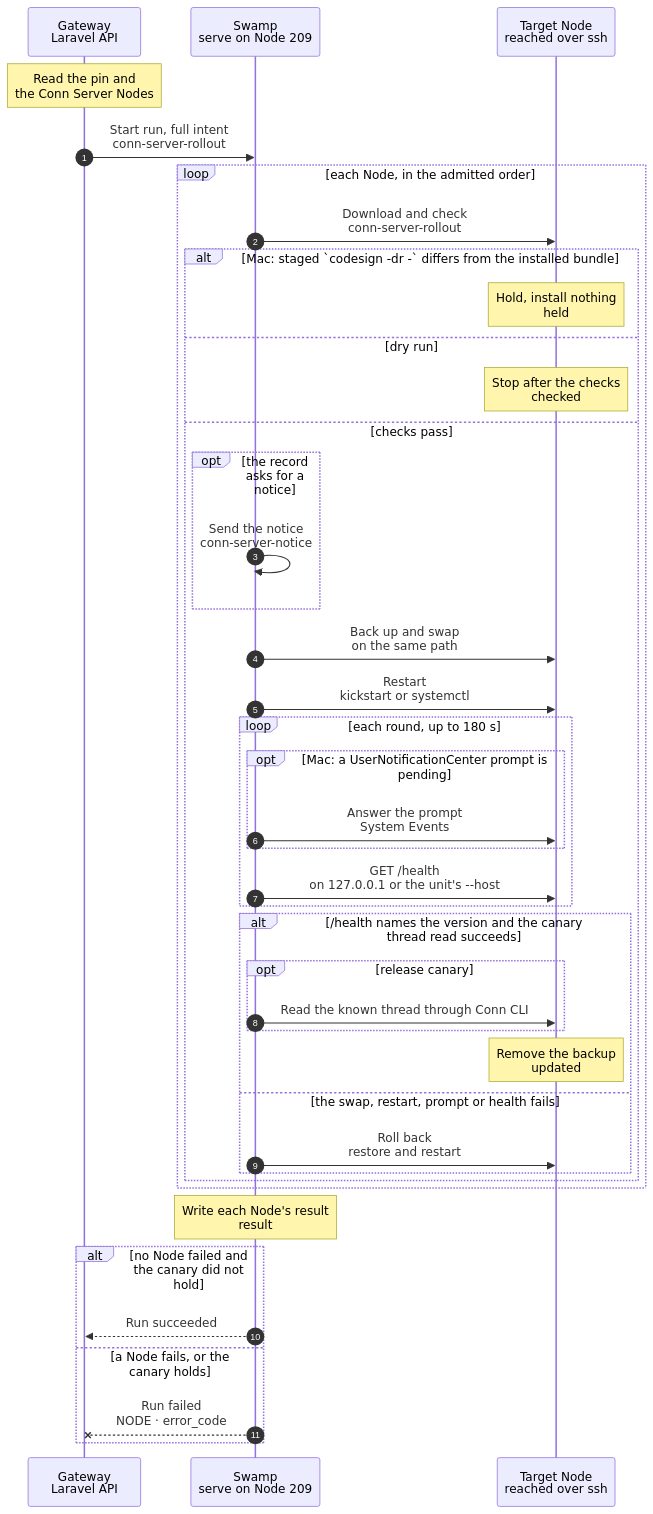
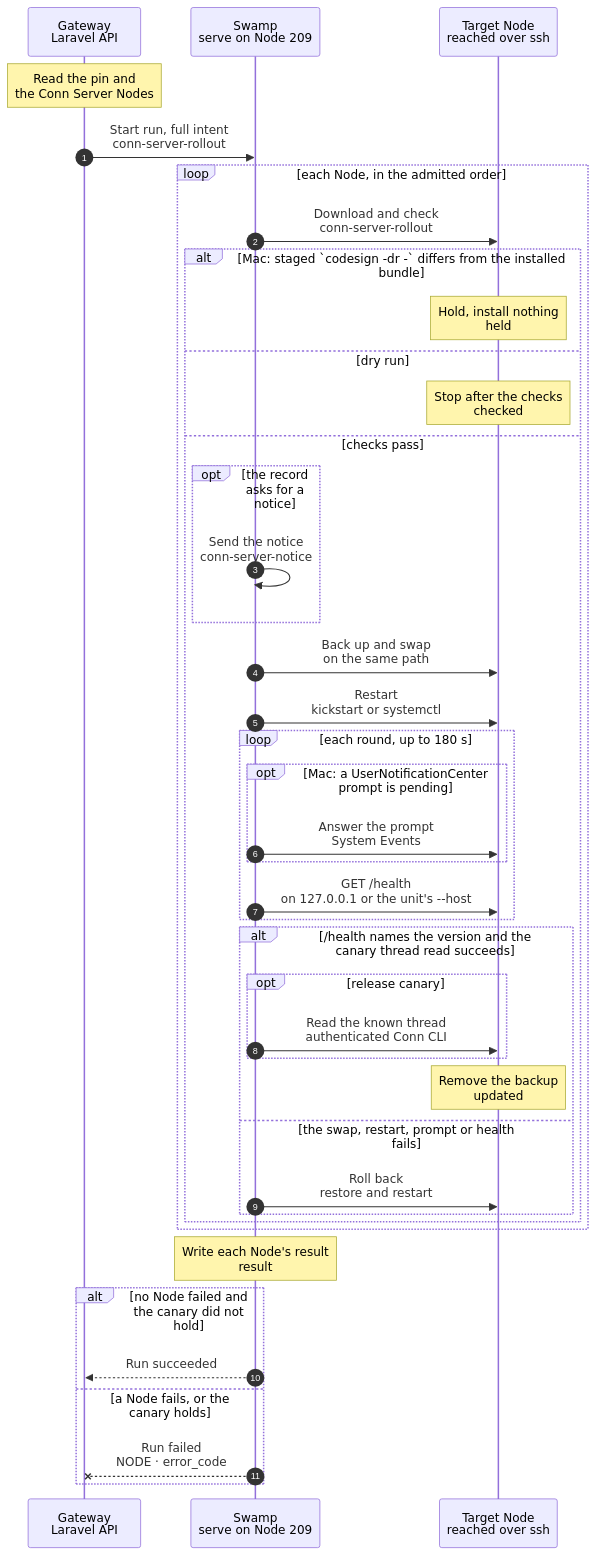
The diagram in docs/cli/fleet/conn-server-rollout.mmd (hardimpactdev/orbit), drawn with Mermaid before and after one commit. The commit also changed 3 other files, not shown here.

```diff
--- a/docs/cli/fleet/conn-server-rollout.mmd
+++ b/docs/cli/fleet/conn-server-rollout.mmd
@@ -1,95 +1,95 @@
 sequenceDiagram
   %% One Ansible phase, conn-server-rollout.yml, visits the admitted Conn Server Nodes one at a time, in order. docs/reference/development-containers.md#conn-server-rollout.
   %% status: draft
   %% command: none · POST /api/v1/fleet/conn-server/rollout
   %% kind: fleet.conn_server_rollout
   autonumber
   %% lane GW icon=gateway pill=intent tone=blue
   %% lane SW icon=workflow pill=executes tone=green
   %% lane N icon=server pill=target tone=amber
   participant GW as Gateway<br/>Laravel API
   participant SW as Swamp<br/>serve on Node 209
   participant N as Target Node<br/>reached over ssh
   Note over GW: Read the pin and<br/>the Conn Server Nodes
   %%> When:
   %%> - an operator posts `{"dry_run", "scope"}` to `POST /api/v1/fleet/conn-server/rollout`; both are required, so no default reaches the whole fleet
   %%> - scope `nodes` also takes `node_ids`, one to four ids that each have a record, or a validation error; `node_ids` with another scope is refused
   %%> - the release fleet pass admits the dry run and real canary for a pin with release_canary, and waits for the thread read before converging Nodes
   %%> Requirements:
   %%> - the agent folder's `conn-server` pin names a `macos_arm64` app, or `conn_server.pin_unavailable`
   %%> - exactly one `conn_server_nodes` record is the canary, or `conn_server.canary_unset`
   %%> Picks:
   %%> - scope `canary`: the canary alone; scope `fleet`: remaining records in Node order for a gated pin, otherwise canary first; scope `nodes`: the named records alone, in the request's order
   %%> - each record names platform, path, service, port, user and whether to notify before the restart; Nodes without one and container Conn Servers are out of scope
   GW->>SW: Start run, full intent<br/>conn-server-rollout
   %%> Input:
   %%> - version, dry run, the Linux tarball and macOS zip with their SHA-256, bundle id and team, the notice target, and each Node with its SSH target
   %%> Requirements:
   %%> - at most four Nodes, so the 13,620 s deadline covers each Node's worst case and its rollback, or `conn_server.too_many_nodes`
   loop each Node, in the admitted order
     SW->>N: Download and check<br/>conn-server-rollout
     %%> What it does:
     %%> - Mac: `launchctl print gui/<uid>/<label>` checks the configured LaunchAgent before staging, including in a dry run, or `conn_server.service_not_loaded`
     %%> - checks reachability, then downloads the asset into a staging folder beside the install and checks its SHA-256, or `conn_server.hash_mismatch`
     %%> - Mac: `codesign --verify --strict --deep`, the pin's `TeamIdentifier` and bundle id, or `conn_server.signature_invalid`, `team_mismatch`, `bundle_mismatch`
     %%> - Linux: the unit's `ExecStart` is `<current>/conn-server` and the tarball holds `conn-server-<X>-linux-x64/conn-server`, or `conn_server.layout_mismatch`
     %%> - Linux: `/health` on the unit's `--host`, or 127.0.0.1 when it has none or a wildcard, answers 200 with `server: conn-server` and a version, or `conn_server.health_unreachable`
     %%> - Mac: a direct `/health` read on 127.0.0.1 with proxies and redirects disabled requires HTTP 200, `server: conn-server` and a nonblank version string, or `conn_server.health_unreachable`
     alt Mac: staged `codesign -dr -` differs from the installed bundle
       Note over N: Hold, install nothing<br/>held
       %%> Why:
       %%> - a new designated requirement resets the TCC grants; a held canary stops the run, a held later Node does not
     else dry run
       Note over N: Stop after the checks<br/>checked
     else checks pass
       opt the record asks for a notice
         SW->>SW: Send the notice<br/>conn-server-notice
         %%> What it does:
         %%> - posts or runs `orbit.conn.server_rollout_notice` before anything changes; a failed notice fails the Node (`conn_server.notice_failed`)
         %%> - logs neither the URL, the command nor their output
       end
       SW->>N: Back up and swap<br/>on the same path
       %%> What it does:
       %%> - Mac: a new backup folder (`conn_server.backup_exists` when it exists), the installed bundle into it, the staged bundle onto the same path, so TCC grants stay
       %%> - Linux: a new `releases/<X>-<run>` folder, then `current` moves to it with one rename
       SW->>N: Restart<br/>kickstart or systemctl
       %%> What it does:
       %%> - Mac: `launchctl kickstart -k gui/<uid>/<label>`, never a start from the SSH session; Linux: restarts the unit
       %%> - never reads or prints a LaunchAgent plist; every command has a task timeout
       loop each round, up to 180 s
         opt Mac: a UserNotificationCenter prompt is pending
           SW->>N: Answer the prompt<br/>System Events
           %%> What it does:
           %%> - reads the prompt's static texts and clicks Allow only on a Conn Server prompt for an expected permission
           %%> - any other prompt fails the Node (`conn_server.unexpected_prompt`)
         end
         SW->>N: GET /health<br/>on 127.0.0.1 or the unit's --host
         %%> What it does:
         %%> - waits for `server: conn-server` and the pin's exact version
         %%> - Mac: uses the same direct probe and response checks as the preflight read
       end
       alt /health names the version and the canary thread read succeeds
         opt release canary
-          SW->>N: Read the known thread through Conn CLI
+          SW->>N: Read the known thread<br/>authenticated Conn CLI
         end
         Note over N: Remove the backup<br/>updated
       else the swap, restart, prompt or health fails
         SW->>N: Roll back<br/>restore and restart
         %%> What it does:
         %%> - Mac: sets the new bundle aside, puts the backup back on the path and kickstarts again; Linux: points `current` back and restarts
         %%> - the Node fails with its cause, `conn_server.health_check_failed` when `/health` never names the version; `rolled_back` is true when health confirms the preflight version
       end
     end
   end
   Note over SW: Write each Node's result<br/>result
   alt no Node failed and the canary did not hold
     SW-->>GW: Run succeeded
     %%> Result:
     %%> - the Operation result lists each Node's outcome: `updated`, `checked` or `held`
   else a Node fails, or the canary holds
     SW--xGW: Run failed<br/>NODE · error_code
     %%> Result:
     %%> - `error_code` is `conn_server.node_failed`, or `conn_server.canary_held` when the canary held
     %%> Why stop:
     %%> - later Nodes are not visited and report `not_reached`, so one bad release reaches at most one Node
   end
```
